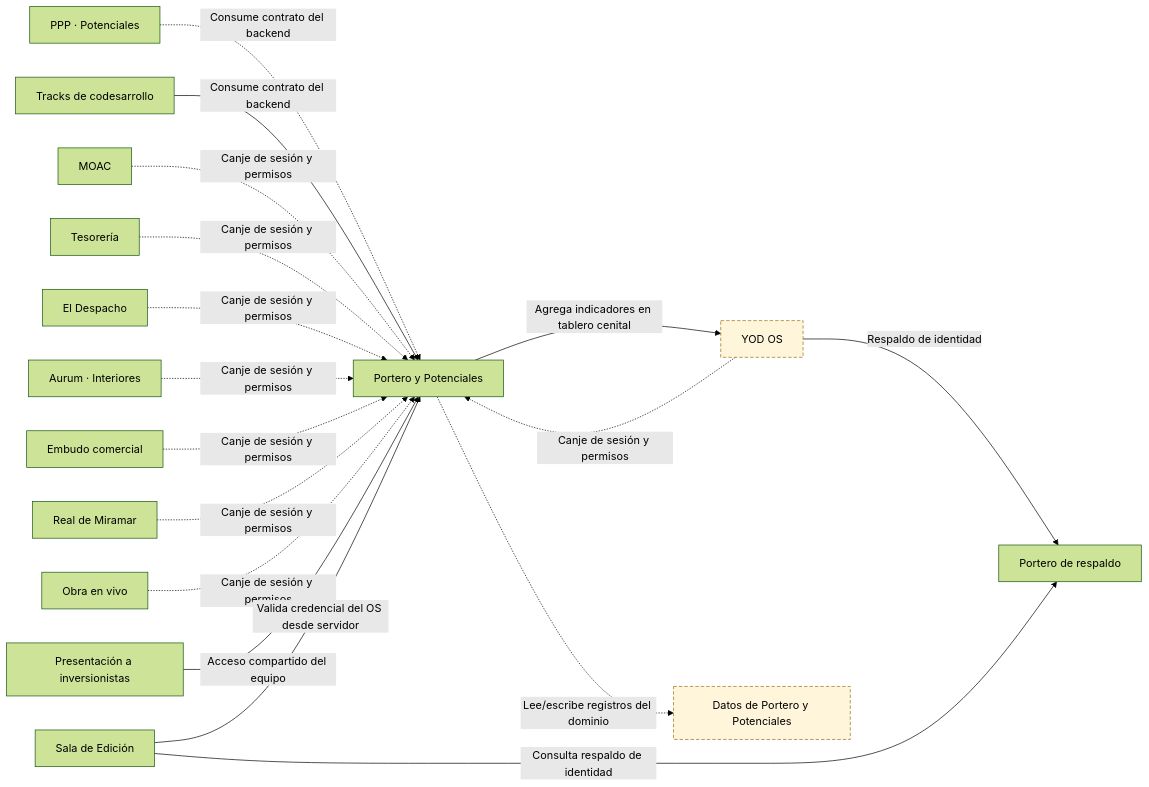
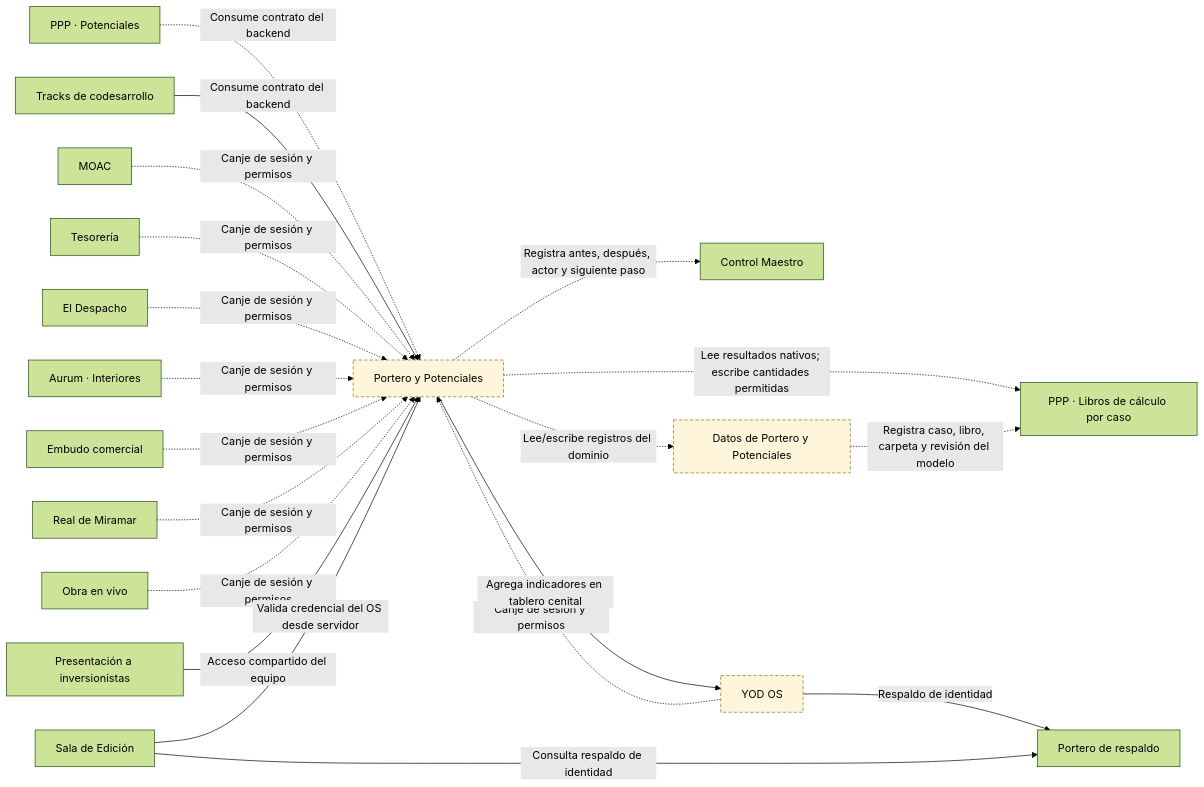
Before and after one commit to yodesarrollomx/yod-portal: the ninth of 9 diagrams in docs/arquitectura/mapas.md, drawn with Mermaid (forest theme). The commit also changed other lines of this file and 5 other files, not shown here.

````diff
--- a/docs/arquitectura/mapas.md
+++ b/docs/arquitectura/mapas.md
@@ -327,37 +345,43 @@
 ```mermaid
 flowchart LR
   n_SYS_DESPACHO["El Despacho"]
   n_SYS_POTENCIALES["PPP · Potenciales"]
   n_SYS_TRACK["Tracks de codesarrollo"]
   n_SYS_MIRAMAR["Real de Miramar"]
   n_SYS_TAREAS["MOAC"]
   n_SYS_FLUJO["Tesorería"]
   n_SYS_INTERIORES["Aurum · Interiores"]
   n_SYS_INVERSION["Presentación a inversionistas"]
   n_SYS_MARKETING["Embudo comercial"]
   n_SYS_OBRA["Obra en vivo"]
+  n_SYS_CONTROL["Control Maestro"]
   n_SYS_YOD_OS["YOD OS"]
   n_GAS_PORTERO["Portero y Potenciales"]
   n_SHEET_PORTERO["Datos de Portero y Potenciales"]
   n_GAS_SALA["Sala de Edición"]
   n_GAS_PORTERO_RESPALDO["Portero de respaldo"]
+  n_SHEET_PPP_MODELOS["PPP · Libros de cálculo por caso"]
   n_GAS_PORTERO -.->|Lee/escribe registros del dominio| n_SHEET_PORTERO
   n_SYS_POTENCIALES -.->|Consume contrato del backend| n_GAS_PORTERO
   n_SYS_TRACK -->|Consume contrato del backend| n_GAS_PORTERO
   n_SYS_YOD_OS -.->|Canje de sesión y permisos| n_GAS_PORTERO
   n_SYS_TAREAS -.->|Canje de sesión y permisos| n_GAS_PORTERO
   n_SYS_FLUJO -.->|Canje de sesión y permisos| n_GAS_PORTERO
   n_SYS_DESPACHO -.->|Canje de sesión y permisos| n_GAS_PORTERO
   n_SYS_INTERIORES -.->|Canje de sesión y permisos| n_GAS_PORTERO
   n_SYS_MARKETING -.->|Canje de sesión y permisos| n_GAS_PORTERO
   n_SYS_MIRAMAR -.->|Canje de sesión y permisos| n_GAS_PORTERO
   n_SYS_OBRA -.->|Canje de sesión y permisos| n_GAS_PORTERO
   n_GAS_PORTERO -->|Agrega indicadores en tablero cenital| n_SYS_YOD_OS
   n_SYS_INVERSION -->|Acceso compartido del equipo| n_GAS_PORTERO
   n_SYS_YOD_OS -->|Respaldo de identidad| n_GAS_PORTERO_RESPALDO
   n_GAS_SALA -->|Valida credencial del OS desde servidor| n_GAS_PORTERO
   n_GAS_SALA -->|Consulta respaldo de identidad| n_GAS_PORTERO_RESPALDO
+  n_GAS_PORTERO -.->|Lee resultados nativos; escribe cantidades permitidas| n_SHEET_PPP_MODELOS
+  n_SHEET_PORTERO -.->|Registra caso, libro, carpeta y revisión del modelo| n_SHEET_PPP_MODELOS
+  n_GAS_PORTERO -.->|Registra antes, después, actor y siguiente paso| n_SYS_CONTROL
   classDef pendiente fill:#fff5da,stroke:#996d16,stroke-dasharray:5 3;
   class n_SYS_YOD_OS pendiente;
+  class n_GAS_PORTERO pendiente;
   class n_SHEET_PORTERO pendiente;
 ```
````
